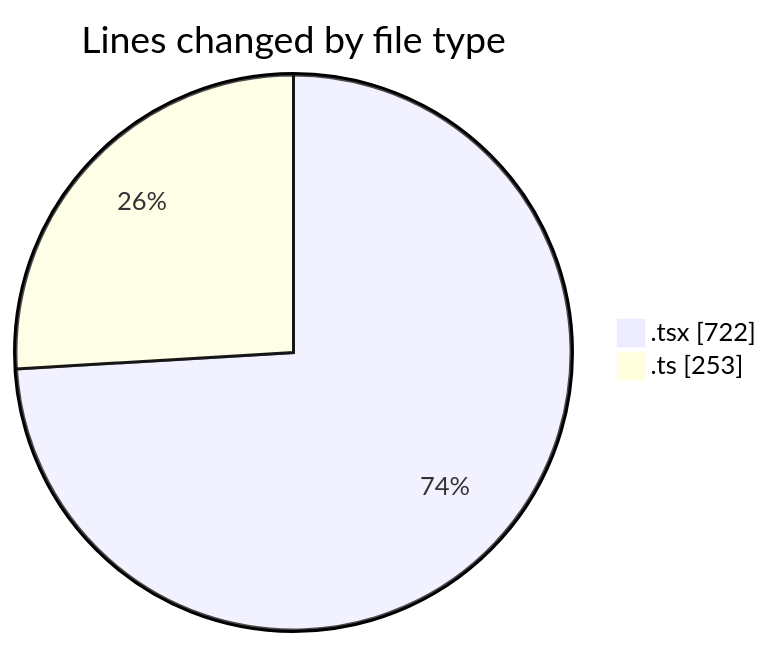
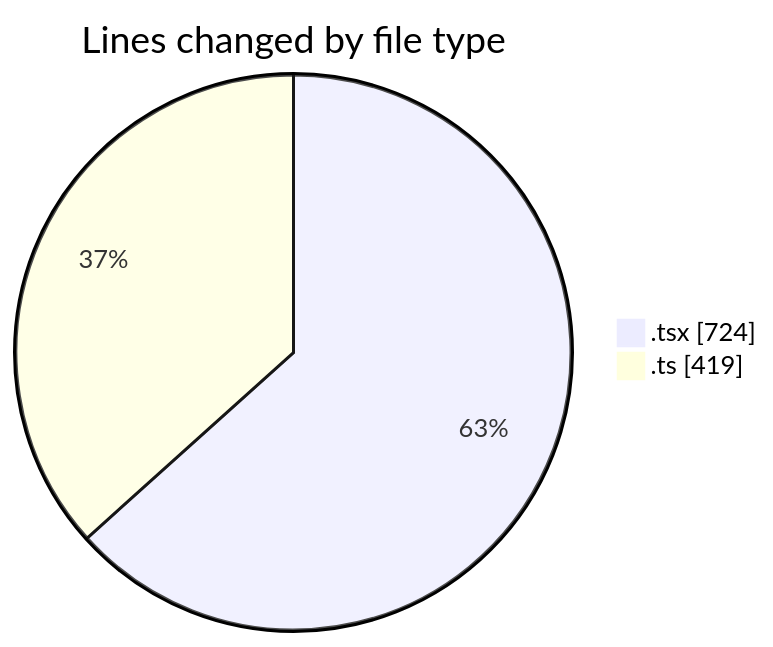
One commit to julien-gomy/code-tracking changed the first of 2 diagrams in 2025-10-16/eventscop-frontend-guide__workspace_/README.md. Above: the diagram before and after it, drawn with Mermaid. The commit also changed other lines of this file and 1 other file, not shown here.

````diff
--- a/2025-10-16/eventscop-frontend-guide__workspace_/README.md
+++ b/2025-10-16/eventscop-frontend-guide__workspace_/README.md
@@ -27,6 +29,6 @@
 ```mermaid
 pie showData
 title Lines changed by file type
-".tsx" : 722
-".ts" : 253
+".tsx" : 724
+".ts" : 419
 ```
````
